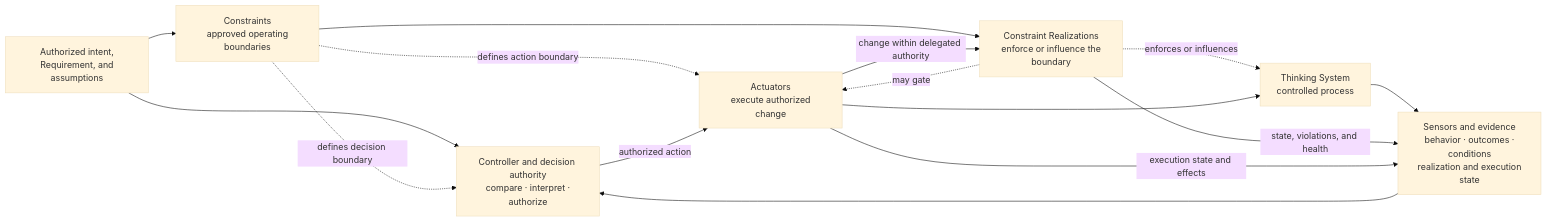
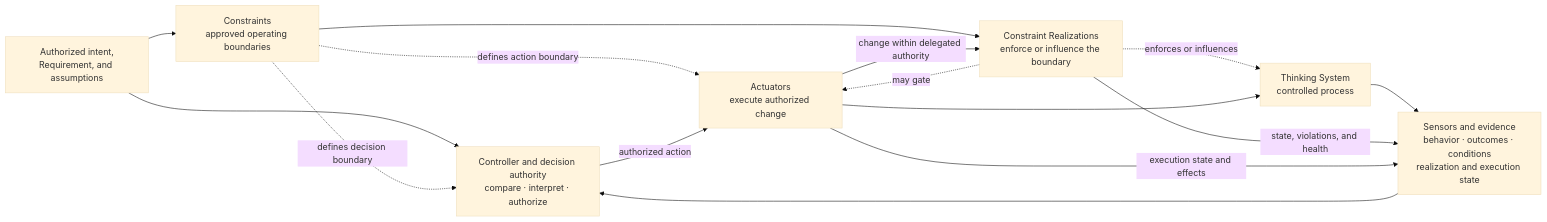
The eighth of 14 diagrams in content/research/notes/open-engineering-specification-article-draft.md (UncertaintyArchitectureGroup/uncertainty-architecture), drawn with Mermaid (base theme) before and after one commit. The commit also changed other lines of this file and 1 other file, not shown here.

````diff
--- a/content/research/notes/open-engineering-specification-article-draft.md
+++ b/content/research/notes/open-engineering-specification-article-draft.md
@@ -412,25 +404,25 @@
 ```mermaid
 flowchart LR
-    R["Authorized intent,<br/> Requirement, and assumptions"]
-    K["Constraints<br/> approved operating boundaries"]
-    KR["Constraint Realizations<br/> enforce or influence the boundary"]
-    P["Thinking System<br/> controlled process"]
-    S["Sensors and evidence<br/> behavior · outcomes · conditions<br/> realization and execution state"]
-    C["Controller and decision authority<br/> compare · interpret · authorize"]
-    A["Actuators<br/> execute authorized change"]
+    R["Authorized intent,<br/>Requirement, and assumptions"]
+    K["Constraints<br/>approved operating boundaries"]
+    KR["Constraint Realizations<br/>enforce or influence the boundary"]
+    P["Thinking System<br/>controlled process"]
+    S["Sensors and evidence<br/>behavior · outcomes · conditions<br/>realization and execution state"]
+    C["Controller and decision authority<br/>compare · interpret · authorize"]
+    A["Actuators<br/>execute authorized change"]
 
     R --> C
     R --> K
     K --> KR
     K -. defines decision boundary .-> C
     K -. defines action boundary .-> A
     KR -. enforces or influences .-> P
     KR -. may gate .-> A
     P --> S
     KR -->|state, violations, and health| S
     A -->|execution state and effects| S
     S --> C
     C -->|authorized action| A
     A --> P
     A -->|change within delegated authority| KR
 ```
````
